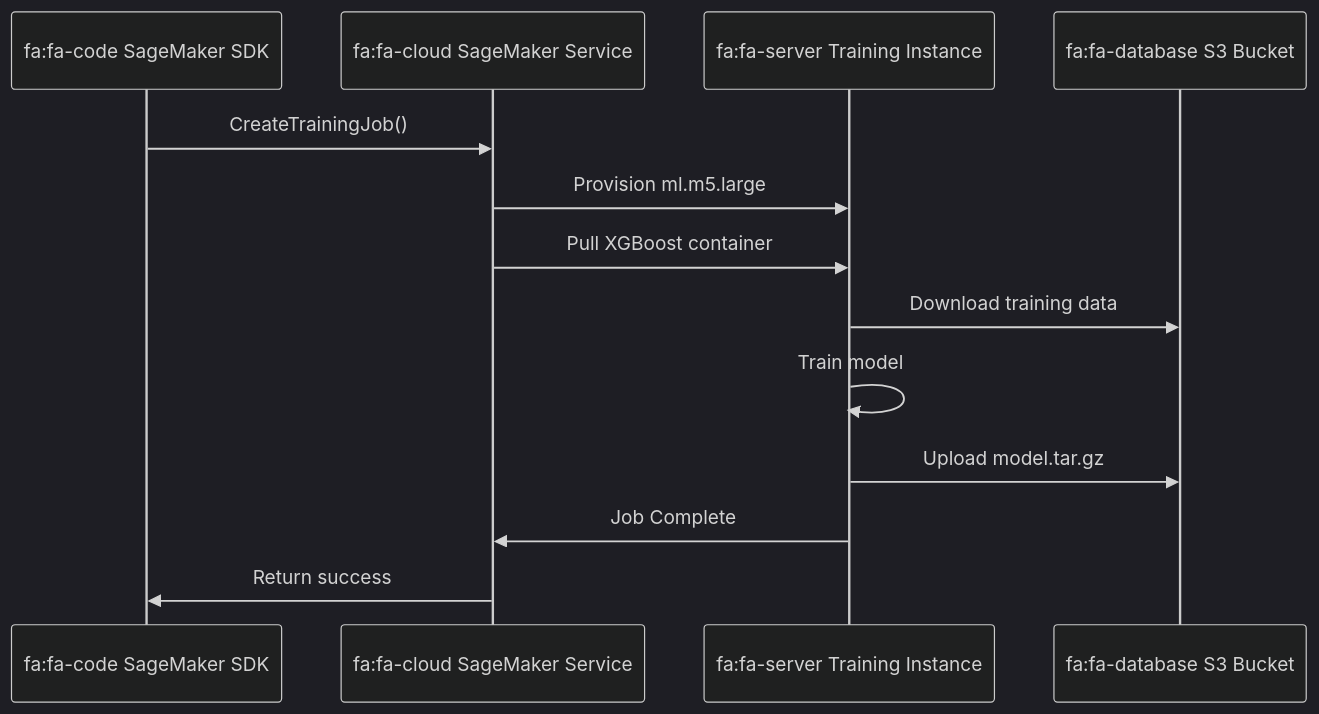
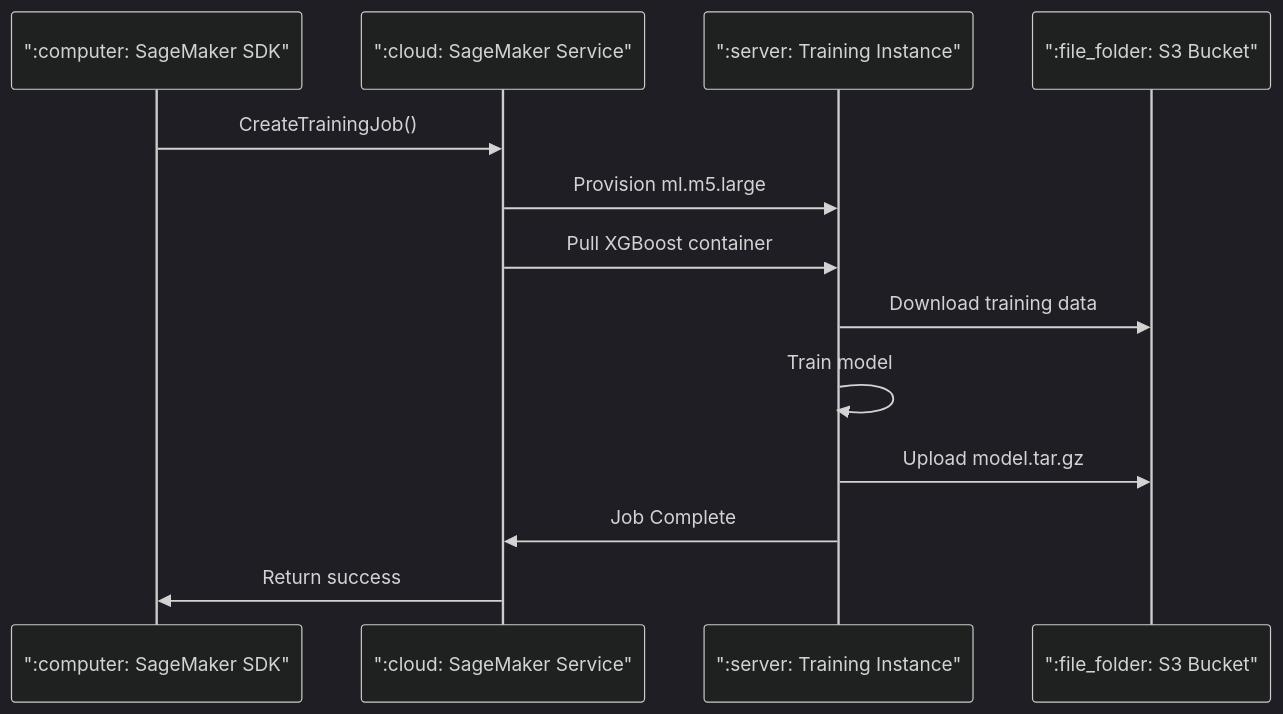
The second of 2 diagrams in aws-ml-associate-prep/01-sagemaker-basics/LAB.md (vinu76jsr/aws-sample-projects), drawn with Mermaid (dark theme) before and after one commit. The commit also changed other lines of this file, not shown here.

Commit message:
docs(lab1): Update LAB.md diagrams with emoji shortcodes for github compatibility

````diff
--- a/aws-ml-associate-prep/01-sagemaker-basics/LAB.md
+++ b/aws-ml-associate-prep/01-sagemaker-basics/LAB.md
@@ -46,16 +46,16 @@
 ```mermaid
 sequenceDiagram
-    participant SDK as fa:fa-code SageMaker SDK
-    participant SM as fa:fa-cloud SageMaker Service
-    participant EC2 as fa:fa-server Training Instance
-    participant S3 as fa:fa-database S3 Bucket
+    participant SDK as ":computer: SageMaker SDK"
+    participant SM as ":cloud: SageMaker Service"
+    participant EC2 as ":server: Training Instance"
+    participant S3 as ":file_folder: S3 Bucket"
 
     SDK->>SM: CreateTrainingJob()
     SM->>EC2: Provision ml.m5.large
     SM->>EC2: Pull XGBoost container
     EC2->>S3: Download training data
     EC2->>EC2: Train model
     EC2->>S3: Upload model.tar.gz
     EC2->>SM: Job Complete
     SM->>SDK: Return success
 ```
````
